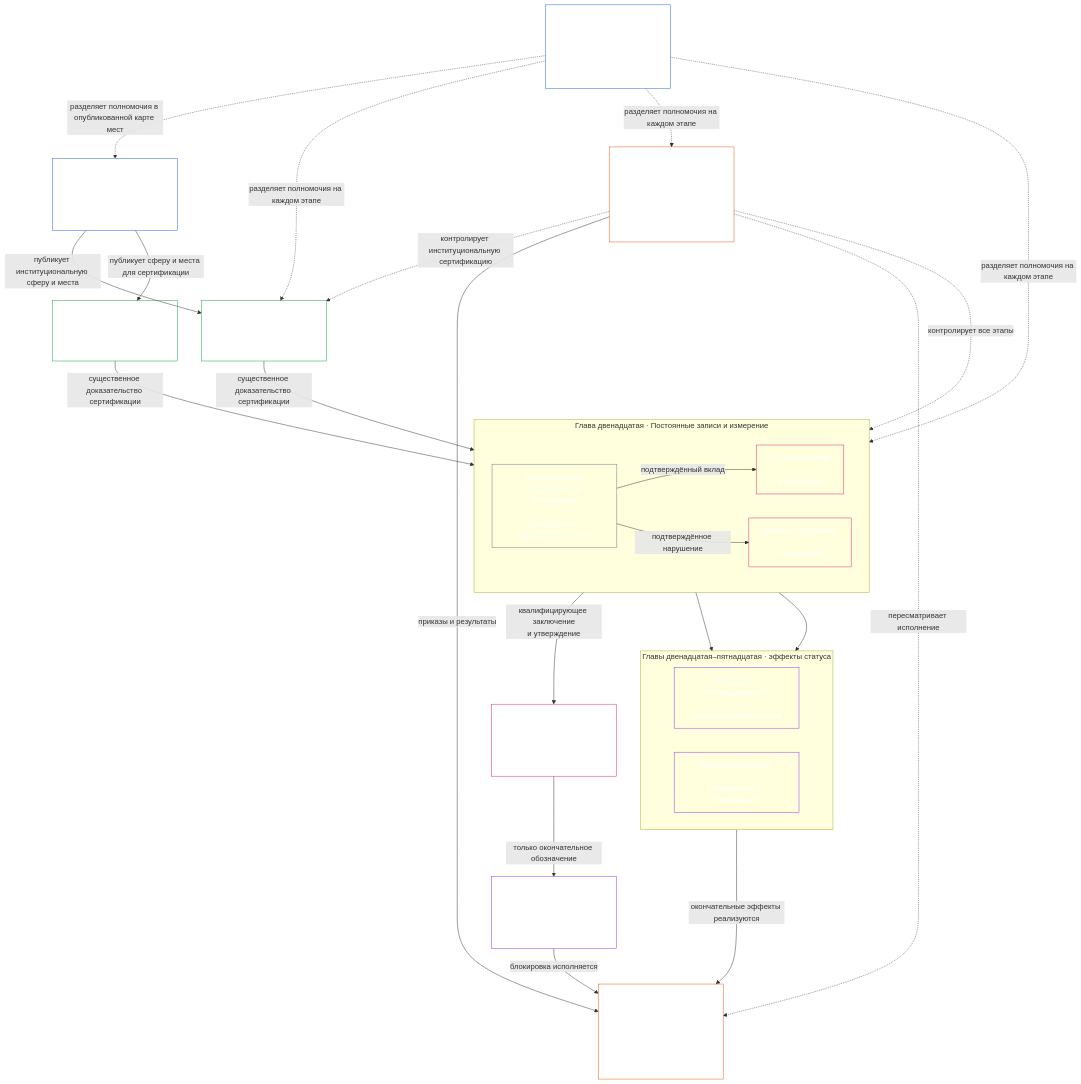
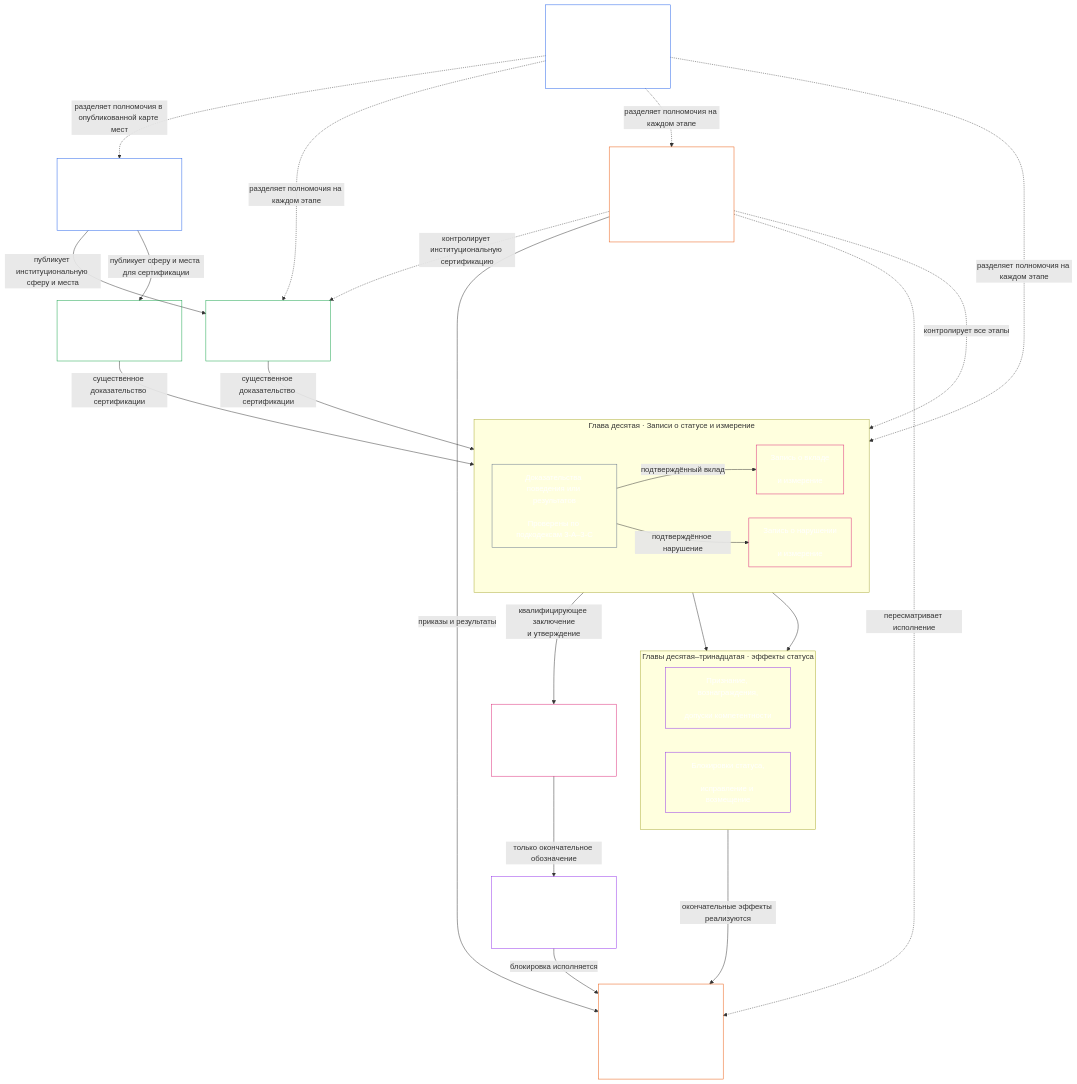
Before and after one commit to kfoelsch/Sentient_Constitution: the second of 2 diagrams in project/translation_drafts/2026-11-26/ch00_ch01_resync/ru__core_01.000_constitutional_map.md, drawn with Mermaid. The commit also changed other lines of this file and 22 other files, not shown here.

````diff
--- a/project/translation_drafts/2026-11-26/ch00_ch01_resync/ru__core_01.000_constitutional_map.md
+++ b/project/translation_drafts/2026-11-26/ch00_ch01_resync/ru__core_01.000_constitutional_map.md
@@ -258,55 +223,55 @@
 ```mermaid
 flowchart TB
-    D["Глава восьмая<br/><br/>Функциональная независимость<br/>и разделение обязанностей"]
-    H["Глава седьмая<br/><br/>Системные и институциональные уставы"]
-    S["Глава десятая<br/><br/>Сертификация соответствия системы"]
-    I["Глава одиннадцатая<br/><br/>Сертификация соответствия учреждения"]
-    subgraph Q["Глава двенадцатая · Постоянные записи и измерение"]
+    D["Глава шестая<br/><br/>Функциональная независимость<br/>и разделение обязанностей"]
+    H["Глава пятая<br/><br/>Системные и институциональные уставы"]
+    S["Глава восьмая<br/><br/>Сертификация соответствия системы"]
+    I["Глава девятая<br/><br/>Сертификация соответствия учреждения"]
+    subgraph Q["Глава десятая · Записи о статусе и измерение"]
         direction LR
         E["Доказательства поведения или результатов<br/><br/>Проверены по подкодексам 3-A–3-C"]
         C["Запись о вкладе<br/><br/>и измерение"]
         V["Запись о нарушении<br/><br/>и измерение"]
     end
-    subgraph N["Главы двенадцатая–пятнадцатая · эффекты статуса"]
+    subgraph N["Главы десятая–тринадцатая · эффекты статуса"]
         direction LR
         U["Признание, вознаграждения,<br/><br/>допуски компетентности"]
         R["Блокировки статуса,<br/><br/>исправление и возмещение"]
     end
-    M["Глава шестнадцатая<br/><br/>Рассмотрение антиконституционного проступка"]
-    L["Глава четырнадцатая<br/><br/>Блокировка антиконституционного доверия"]
-    F["Форумы глав восемнадцатой и девятнадцатой<br/><br/>Надзор, оспаривание и своевременный пересмотр"]
-    X["Главы двадцать первая и двадцать вторая<br/><br/>Исполнение: реализация результатов,<br/>специальное исполнение в пределах"]
+    M["Глава четырнадцатая<br/><br/>Рассмотрение антиконституционного проступка"]
+    L["Глава двенадцатая<br/><br/>Блокировка антиконституционного доверия"]
+    F["Форумы глав шестнадцатой и семнадцатой<br/><br/>Надзор, оспаривание и своевременный пересмотр"]
+    X["Главы девятнадцатая и двадцатая<br/><br/>Исполнение: реализация результатов,<br/>специальное исполнение в пределах"]
     D -.->|разделяет полномочия в опубликованной карте мест| H
     H -->|публикует институциональную сферу и места| I
     H -->|публикует сферу и места для сертификации| S
     D -.->|разделяет полномочия на каждом этапе| I
     D -.->|разделяет полномочия на каждом этапе| E
     D -.->|разделяет полномочия на каждом этапе| F
     C --> U
     V --> R
     M -->|только окончательное обозначение| L
     V -->|квалифицирующее заключение<br/>и утверждение| M
     S -->|существенное доказательство сертификации| E
     I -->|существенное доказательство сертификации| E
     E -->|подтверждённый вклад| C
     E -->|подтверждённое нарушение| V
     F -.->|контролирует все этапы| E
     F -.->|контролирует институциональную сертификацию| I
     R -->|окончательные эффекты реализуются| X
     L -->|блокировка исполняется| X
     F -->|приказы и результаты| X
     F -.->|пересматривает исполнение| X
     style H fill:none,stroke:#2563eb,color:#ffffff
     style D fill:none,stroke:#2563eb,color:#ffffff
     style S fill:none,stroke:#16a34a,color:#ffffff
     style I fill:none,stroke:#16a34a,color:#ffffff
     style E fill:none,stroke:#64748b,color:#ffffff
     style C fill:none,stroke:#db2777,color:#ffffff
     style V fill:none,stroke:#db2777,color:#ffffff
     style U fill:none,stroke:#9333ea,color:#ffffff
     style R fill:none,stroke:#9333ea,color:#ffffff
     style M fill:none,stroke:#db2777,color:#ffffff
     style L fill:none,stroke:#9333ea,color:#ffffff
     style F fill:none,stroke:#ea580c,color:#ffffff
     style X fill:none,stroke:#ea580c,color:#ffffff
 ```
````
